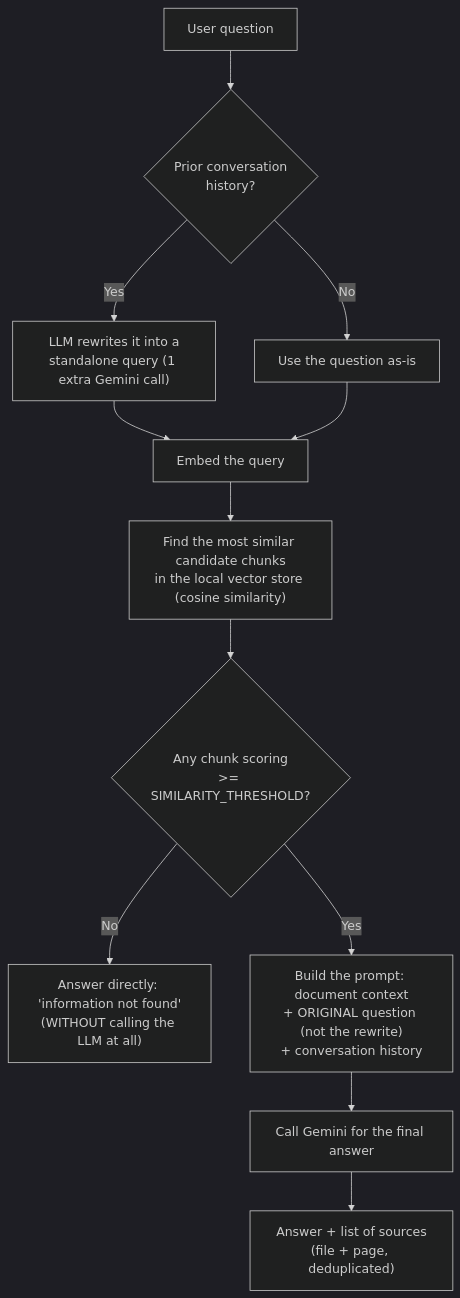
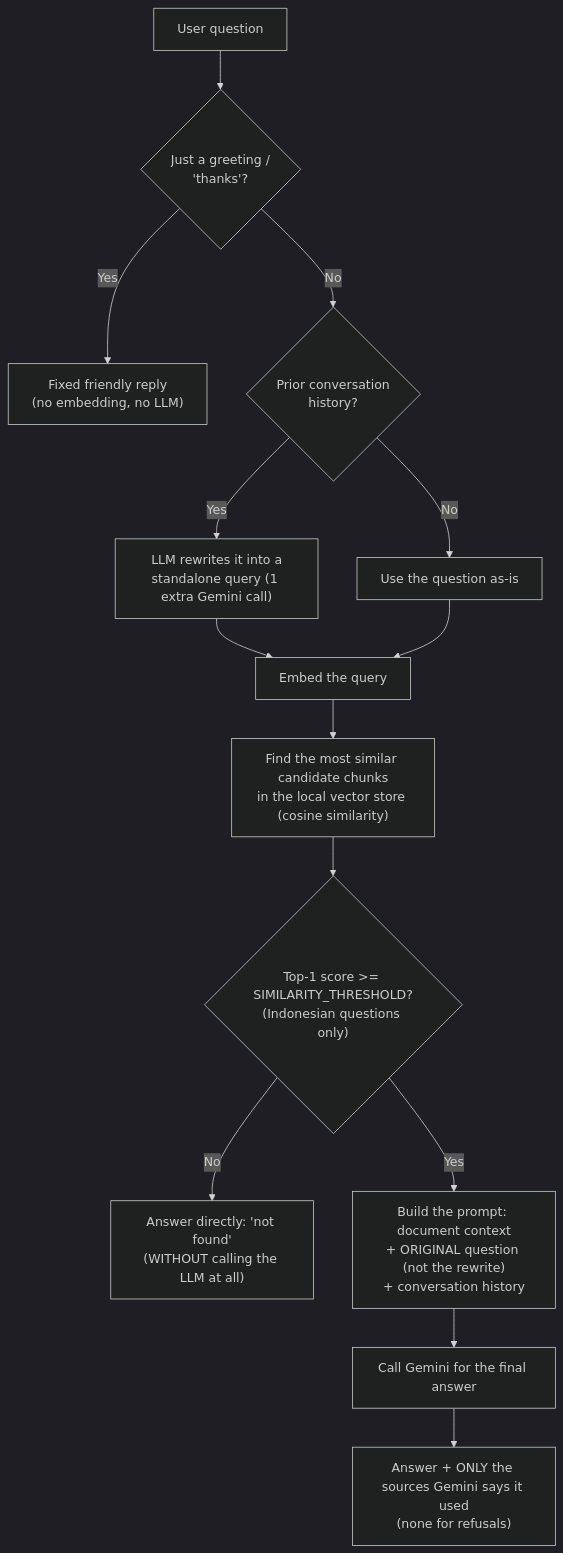
Before and after one commit to mahawaditra/ChatbotOSUI: the fifth of 5 diagrams in README.md, drawn with Mermaid (dark theme). The commit also changed other lines of this file and 14 other files, not shown here.

````diff
--- a/README.md
+++ b/README.md
@@ -243,14 +245,16 @@
 ```mermaid
 flowchart TD
-    Q["User question"] --> H{"Prior conversation<br/>history?"}
+    Q["User question"] --> G{"Just a greeting /<br/>'thanks'?"}
+    G -->|Yes| GR["Fixed friendly reply<br/>(no embedding, no LLM)"]
+    G -->|No| H{"Prior conversation<br/>history?"}
     H -->|Yes| R["LLM rewrites it into a<br/>standalone query (1 extra Gemini call)"]
     H -->|No| S["Use the question as-is"]
     R --> V["Embed the query"]
     S --> V
     V --> M["Find the most similar candidate chunks<br/>in the local vector store (cosine similarity)"]
-    M --> T{"Any chunk scoring<br/>>= SIMILARITY_THRESHOLD?"}
-    T -->|No| X["Answer directly: 'information not found'<br/>(WITHOUT calling the LLM at all)"]
+    M --> T{"Top-1 score >= SIMILARITY_THRESHOLD?<br/>(Indonesian questions only)"}
+    T -->|No| X["Answer directly: 'not found'<br/>(WITHOUT calling the LLM at all)"]
     T -->|Yes| P["Build the prompt: document context<br/>+ ORIGINAL question (not the rewrite)<br/>+ conversation history"]
     P --> L["Call Gemini for the final answer"]
-    L --> AN["Answer + list of sources<br/>(file + page, deduplicated)"]
+    L --> AN["Answer + ONLY the sources Gemini says it used<br/>(none for refusals)"]
 ```
````
